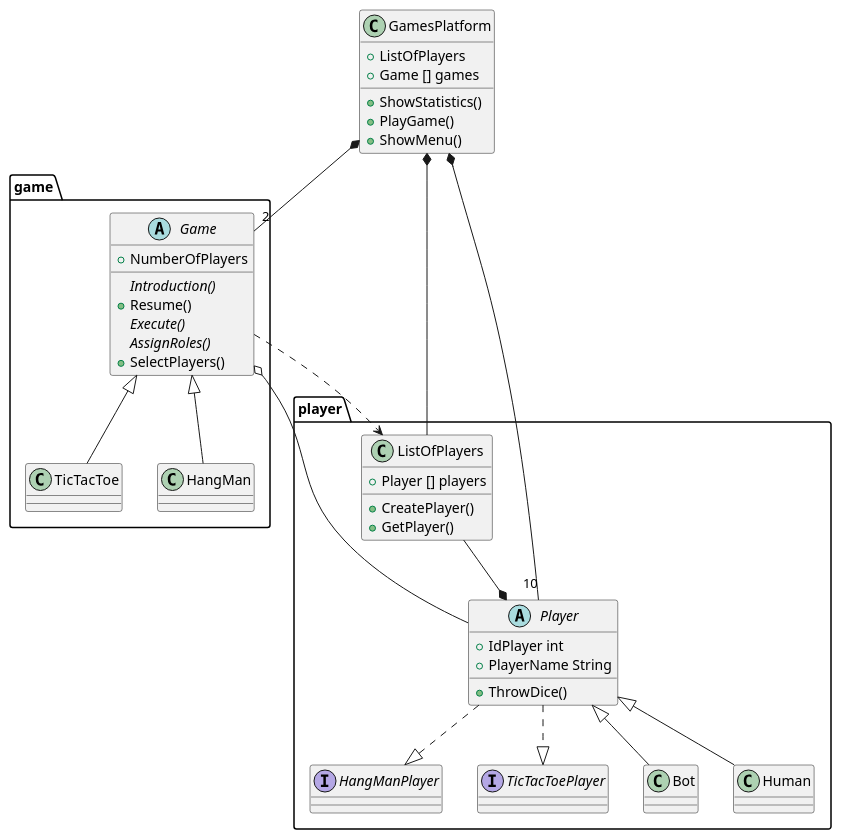
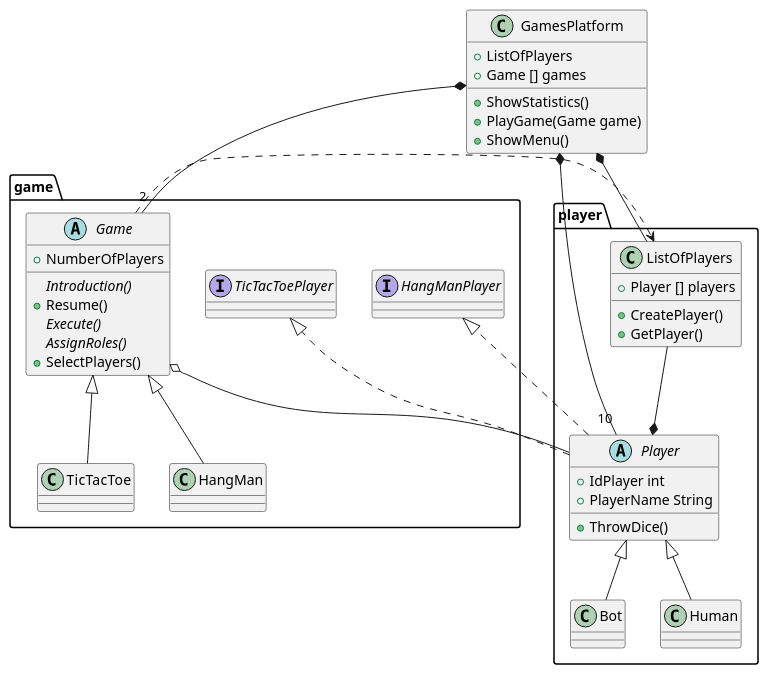
Before and after one commit to Gabs16TL/Games_Platform: the diagram in diagrams/ClassDiagramMain.wsd, drawn with PlantUML. The commit also changed 2 other files, not shown here.

```diff
--- a/diagrams/ClassDiagramMain.wsd
+++ b/diagrams/ClassDiagramMain.wsd
@@ -1,80 +1,79 @@
 @startuml
 
 
 class GamesPlatform {
     +ListOfPlayers
     +ShowStatistics()
-    +PlayGame()
+    +PlayGame(Game game)
     +Game [] games
     +ShowMenu()
 }
 
 package game {
 
 abstract class Game {
     +NumberOfPlayers
     {abstract}Introduction()
     +Resume()
     {abstract}Execute()
     {abstract}AssignRoles()
     +SelectPlayers()
 }
 class TicTacToe {
 
 }
 class HangMan {
     
 }
+interface HangManPlayer{
 
+}
+
+interface TicTacToePlayer {
+
+}
 }
 
 
 package player {
 abstract class Player {
     +IdPlayer int
     +PlayerName String
     +ThrowDice()
 }
 
-interface HangManPlayer{
-
-}
-
-interface TicTacToePlayer {
-
-}
 
 class ListOfPlayers {
     
     +Player [] players
     +CreatePlayer()
     +GetPlayer()
 }
 
 class Bot {
 
 }
 class Human {
 
 }
 
 }
 
 
 GamesPlatform *-- "10" Player
 GamesPlatform *-- "2" Game
 GamesPlatform *-- ListOfPlayers
 
 Game <|-- TicTacToe
 Game <|-- HangMan
 Game o--Player
 Player <|-- Bot
 Player <|-- Human
 Player ..|>HangManPlayer
 Player ..|>TicTacToePlayer
 
 Game ..> ListOfPlayers
 
 ListOfPlayers --* Player
 
 @enduml
```
